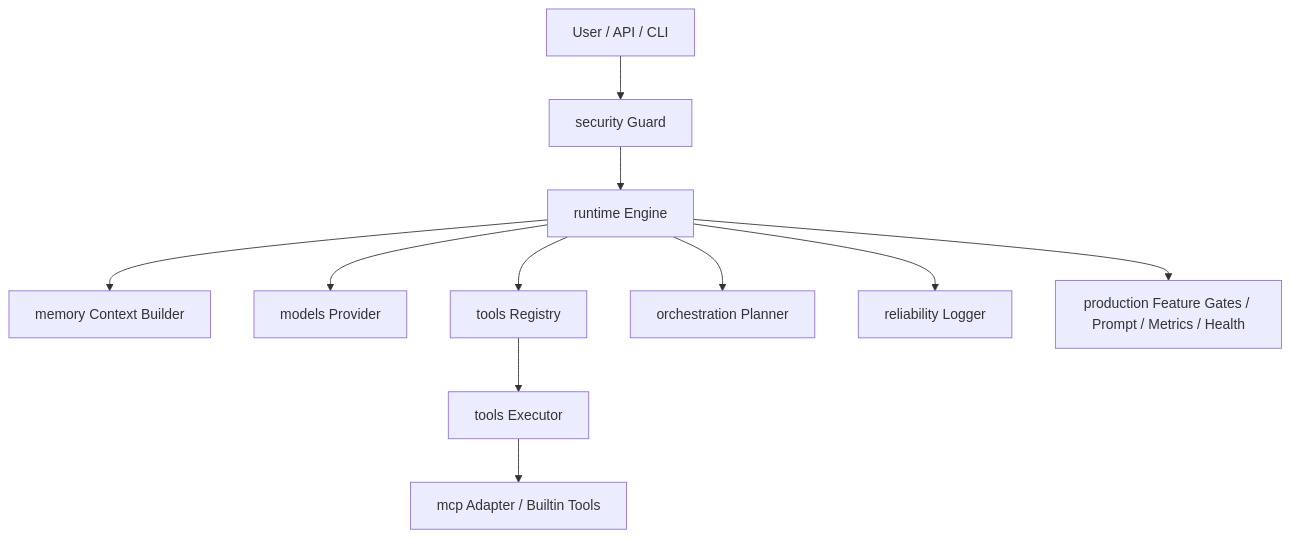
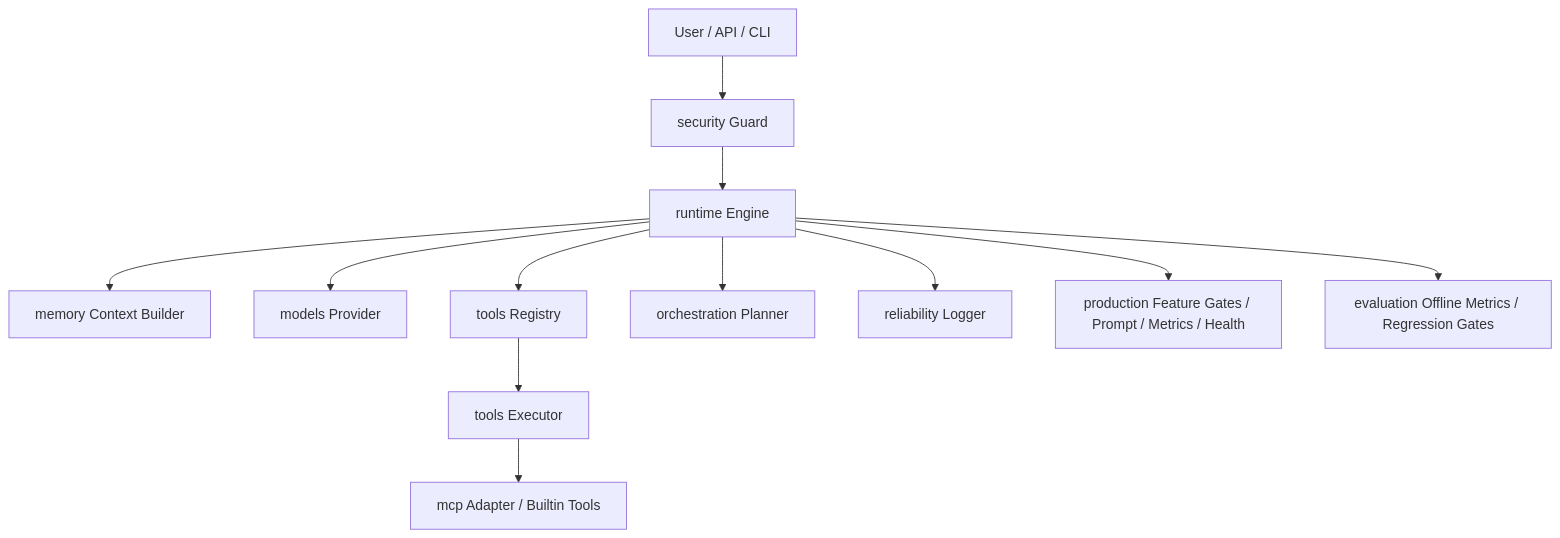
The diagram in MiniHarness_TS_技术方案.md (zxt6991-source/mini-harness), drawn with Mermaid before and after one commit. The commit also changed other lines of this file and 7 other files, not shown here.

````diff
--- a/MiniHarness_TS_技术方案.md
+++ b/MiniHarness_TS_技术方案.md
@@ -56,13 +57,14 @@
 ```mermaid
 flowchart TD
     A[User / API / CLI] --> B[security Guard]
     B --> C[runtime Engine]
     C --> D[memory Context Builder]
     C --> E[models Provider]
     C --> F[tools Registry]
     F --> G[tools Executor]
     G --> H[mcp Adapter / Builtin Tools]
     C --> I[orchestration Planner]
     C --> J[reliability Logger]
     C --> K[production Feature Gates / Prompt / Metrics / Health]
+    C --> L[evaluation Offline Metrics / Regression Gates]
 ```
````
